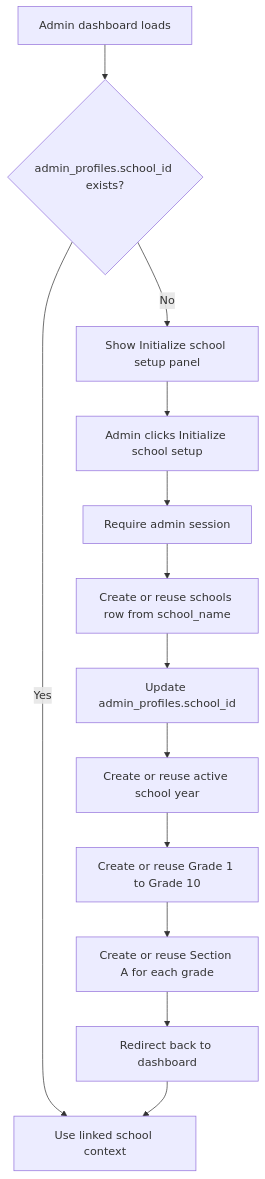
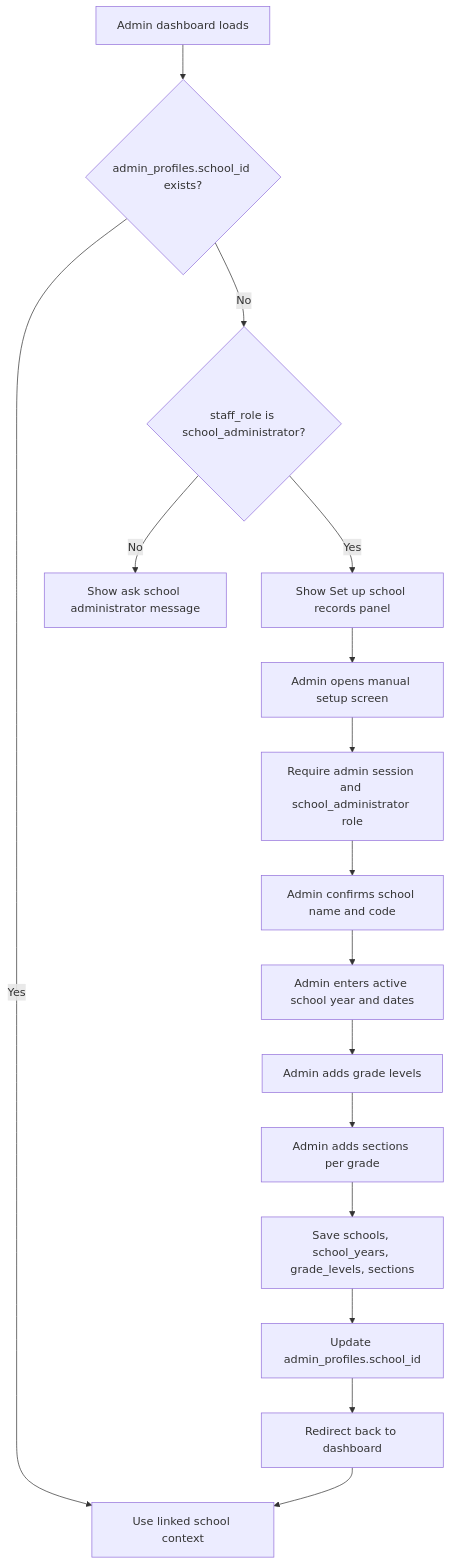
Before and after one commit to Xeyn19/xmetapay: the fourth of 14 diagrams in docs/PROJECT_FLOWCHARTS.md, drawn with Mermaid. The commit also changed other lines of this file and 28 other files, not shown here.

````diff
--- a/docs/PROJECT_FLOWCHARTS.md
+++ b/docs/PROJECT_FLOWCHARTS.md
@@ -117,15 +140,18 @@
 ```mermaid
 flowchart TD
   A["Admin dashboard loads"] --> B{"admin_profiles.school_id exists?"}
   B -->|Yes| C["Use linked school context"]
-  B -->|No| D["Show Initialize school setup panel"]
-  D --> E["Admin clicks Initialize school setup"]
-  E --> F["Require admin session"]
-  F --> G["Create or reuse schools row from school_name"]
-  G --> H["Update admin_profiles.school_id"]
-  H --> I["Create or reuse active school year"]
-  I --> J["Create or reuse Grade 1 to Grade 10"]
-  J --> K["Create or reuse Section A for each grade"]
-  K --> L["Redirect back to dashboard"]
-  L --> C
+  B -->|No| D{"staff_role is school_administrator?"}
+  D -->|No| E["Show ask school administrator message"]
+  D -->|Yes| F["Show Set up school records panel"]
+  F --> G["Admin opens manual setup screen"]
+  G --> H["Require admin session and school_administrator role"]
+  H --> I["Admin confirms school name and code"]
+  I --> J["Admin enters active school year and dates"]
+  J --> K["Admin adds grade levels"]
+  K --> L["Admin adds sections per grade"]
+  L --> M["Save schools, school_years, grade_levels, sections"]
+  M --> N["Update admin_profiles.school_id"]
+  N --> O["Redirect back to dashboard"]
+  O --> C
 ```
````
